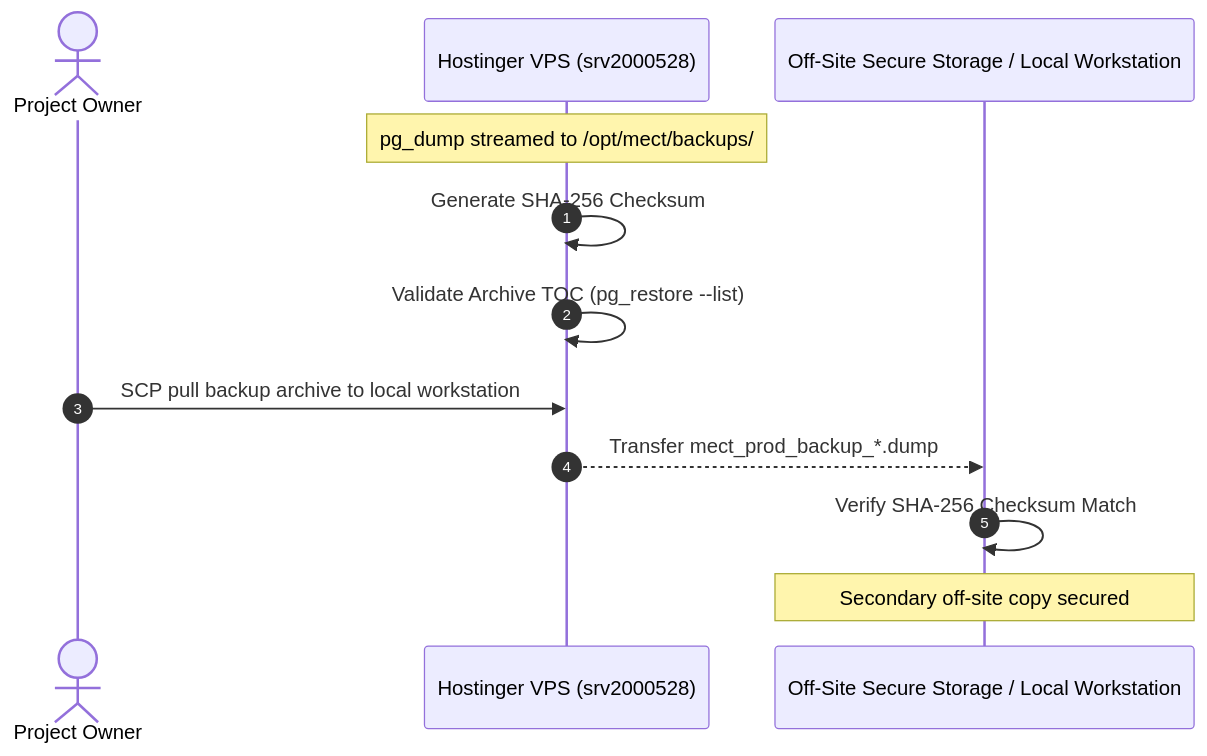
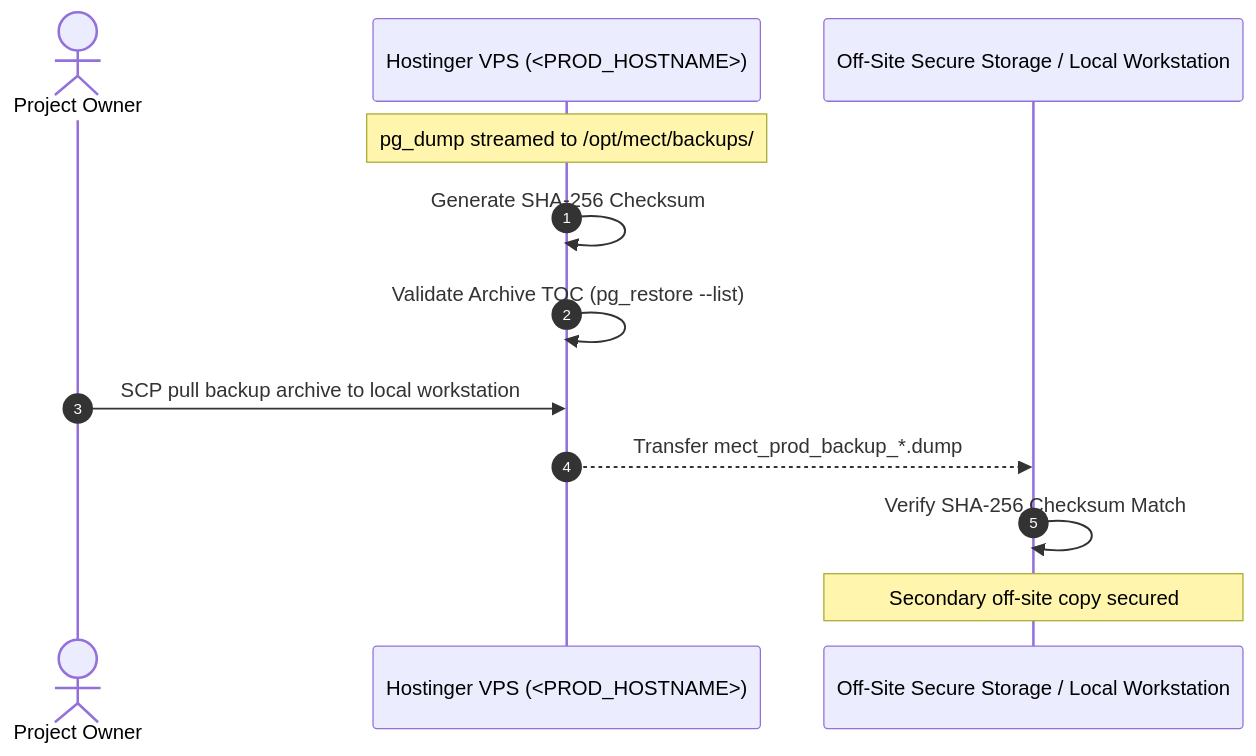
One commit to Himansu-Nayak/MECT changed the second of 2 diagrams in MECT_PHASE_29_4_2E_PRODUCTION_BACKUP_DESTINATION_ASSESSMENT.md. Above: the diagram before and after it, drawn with Mermaid. The commit also changed other lines of this file and 208 other files, not shown here.

````diff
--- a/MECT_PHASE_29_4_2E_PRODUCTION_BACKUP_DESTINATION_ASSESSMENT.md
+++ b/MECT_PHASE_29_4_2E_PRODUCTION_BACKUP_DESTINATION_ASSESSMENT.md
@@ -79,15 +79,15 @@
 ```mermaid
 sequenceDiagram
     autonumber
     actor Owner as Project Owner
-    participant VPS as Hostinger VPS (srv2000528)
+    participant VPS as Hostinger VPS (<PROD_HOSTNAME>)
     participant Offsite as Off-Site Secure Storage / Local Workstation
 
     Note over VPS: pg_dump streamed to /opt/mect/backups/
     VPS ->> VPS: Generate SHA-256 Checksum
     VPS ->> VPS: Validate Archive TOC (pg_restore --list)
     Owner ->> VPS: SCP pull backup archive to local workstation
     VPS -->> Offsite: Transfer mect_prod_backup_*.dump
     Offsite ->> Offsite: Verify SHA-256 Checksum Match
     Note over Offsite: Secondary off-site copy secured
 ```
````
